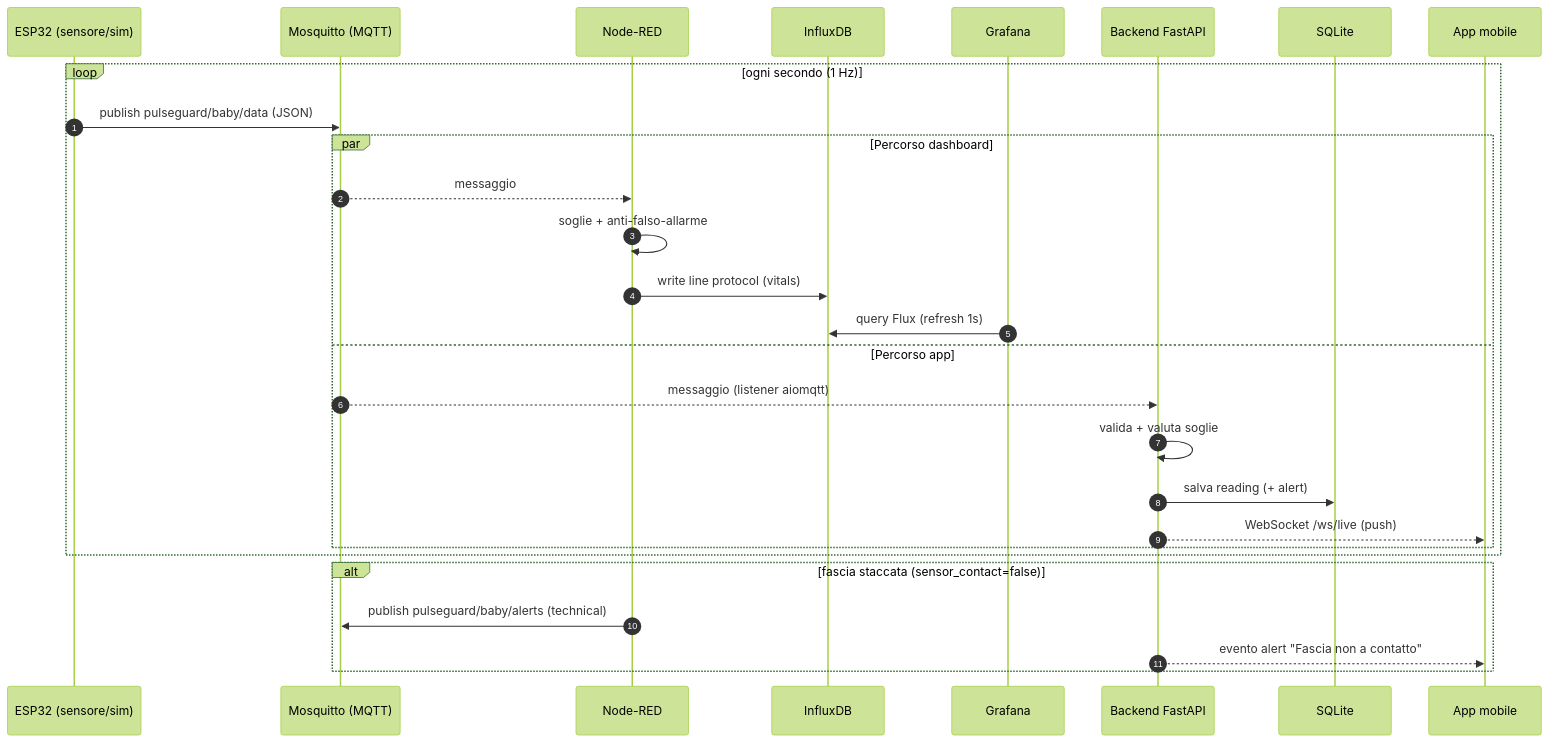
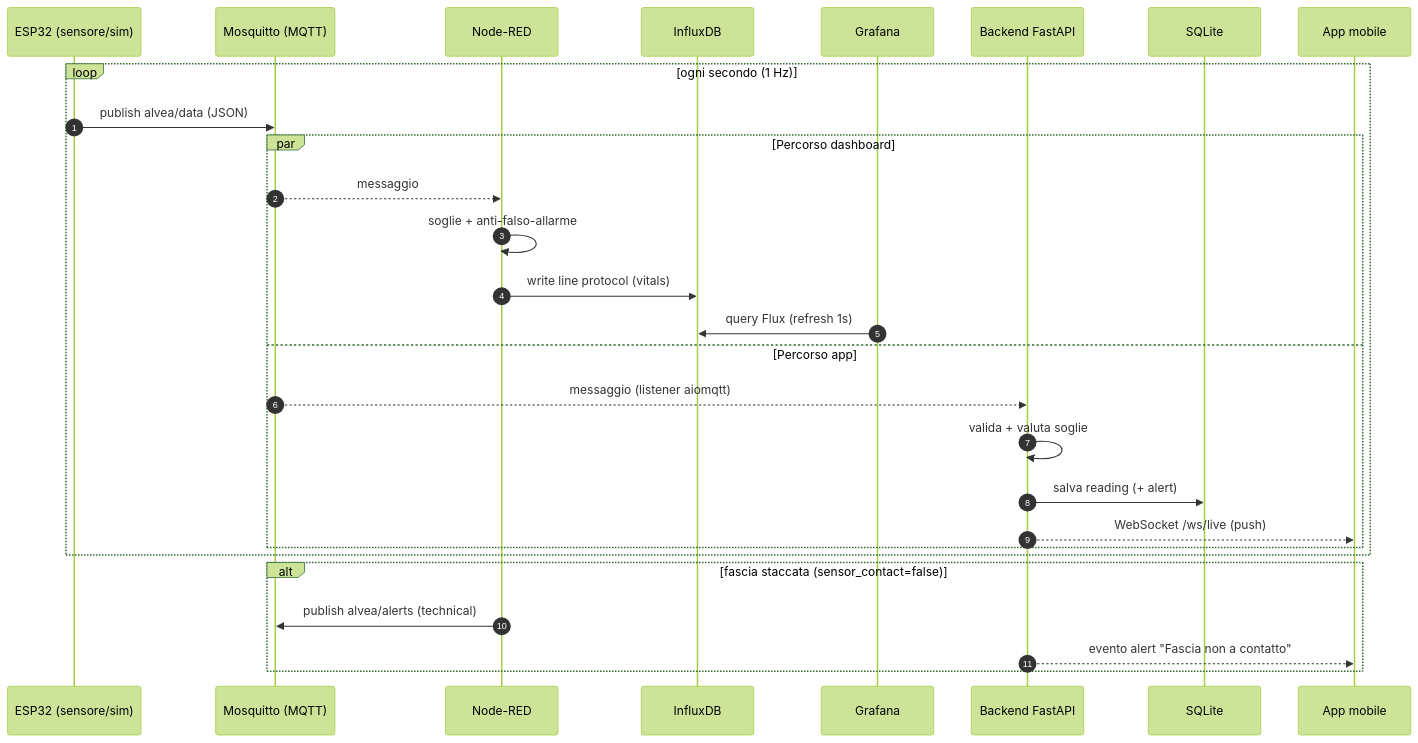
The first of 2 diagrams in docs/04-sequence.md (acrisci05/Alvea), drawn with Mermaid (forest theme) before and after one commit. The commit also changed 25 other files, not shown here.

Commit message:
Aggiornato: rinominato il progetto da PulseGuard-Baby ad Alvea (branding, topic MQTT, ID device, container, dashboard)

````diff
--- a/docs/04-sequence.md
+++ b/docs/04-sequence.md
@@ -5,32 +5,32 @@
 ```mermaid
 sequenceDiagram
     autonumber
     participant ESP as ESP32 (sensore/sim)
     participant MQ as Mosquitto (MQTT)
     participant NR as Node-RED
     participant DB as InfluxDB
     participant GF as Grafana
     participant BE as Backend FastAPI
     participant SQ as SQLite
     participant APP as App mobile
 
     loop ogni secondo (1 Hz)
-        ESP->>MQ: publish pulseguard/baby/data (JSON)
+        ESP->>MQ: publish alvea/data (JSON)
         par Percorso dashboard
             MQ-->>NR: messaggio
             NR->>NR: soglie + anti-falso-allarme
             NR->>DB: write line protocol (vitals)
             GF->>DB: query Flux (refresh 1s)
         and Percorso app
             MQ-->>BE: messaggio (listener aiomqtt)
             BE->>BE: valida + valuta soglie
             BE->>SQ: salva reading (+ alert)
             BE-->>APP: WebSocket /ws/live (push)
         end
     end
 
     alt fascia staccata (sensor_contact=false)
-        NR->>MQ: publish pulseguard/baby/alerts (technical)
+        NR->>MQ: publish alvea/alerts (technical)
         BE-->>APP: evento alert "Fascia non a contatto"
     end
 ```
````
